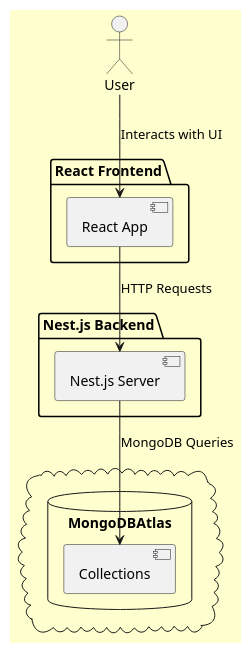
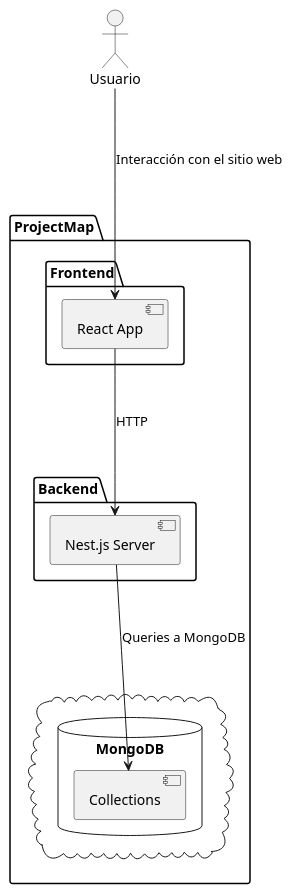
One commit to projectmaputnba/projectmap-backend changed the diagram in diagrams/architecture-diagram.puml. Above: the diagram before and after it, drawn with PlantUML. The commit also changed other lines of this file, not shown here.

Commit message:
update diagram

```diff
--- a/diagrams/architecture-diagram.puml
+++ b/diagrams/architecture-diagram.puml
@@ -1,24 +1,25 @@
-@startuml
-skinparam backgroundColor #FEFECE
+@startuml projectMap
 skinparam componentStyle uml2
 
-actor User as Actor
-package "React Frontend" {
+:Usuario:
+
+package "ProjectMap" {
+  package "Frontend" {
     [React App]
 }
 
 cloud {
-    database MongoDBAtlas {
+    database MongoDB {
         [Collections]
     }
 }
 
-package "Nest.js Backend" {
+package "Backend" {
     [Nest.js Server]
 }
 
-Actor --> [React App] : Interacts with UI
-[React App] --> [Nest.js Server] : HTTP Requests
-[Nest.js Server] --> [Collections] : MongoDB Queries
-
+:Usuario: ---> [React App] : Interacción con el sitio web
+[React App] ---> [Nest.js Server] : HTTP
+[Nest.js Server] ---> [Collections] : Queries a MongoDB
+}
 @enduml
```
